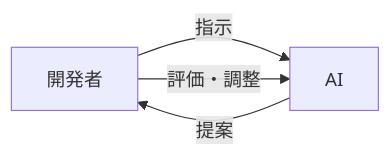
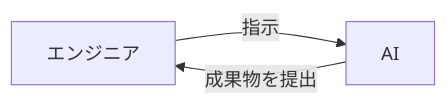
One commit to cyber-freaks-jp/AI_Driven_Development_Course changed the diagram in book/pages/AI駆動開発でエンジニアの仕事はどう変わる？.md. Above: the diagram before and after it, drawn with Mermaid. The commit also changed other lines of this file, not shown here.

````diff
--- a/book/pages/AI駆動開発でエンジニアの仕事はどう変わる？.md
+++ b/book/pages/AI駆動開発でエンジニアの仕事はどう変わる？.md
@@ -9,6 +10,5 @@
 ```mermaid
 graph LR
-    A[開発者] -->|指示| B[AI]
-    B -->|提案| A
-    A -->|評価・調整| B
+    A[エンジニア] -->|指示| B[AI]
+    B -->|成果物を提出| A
 ```
````
